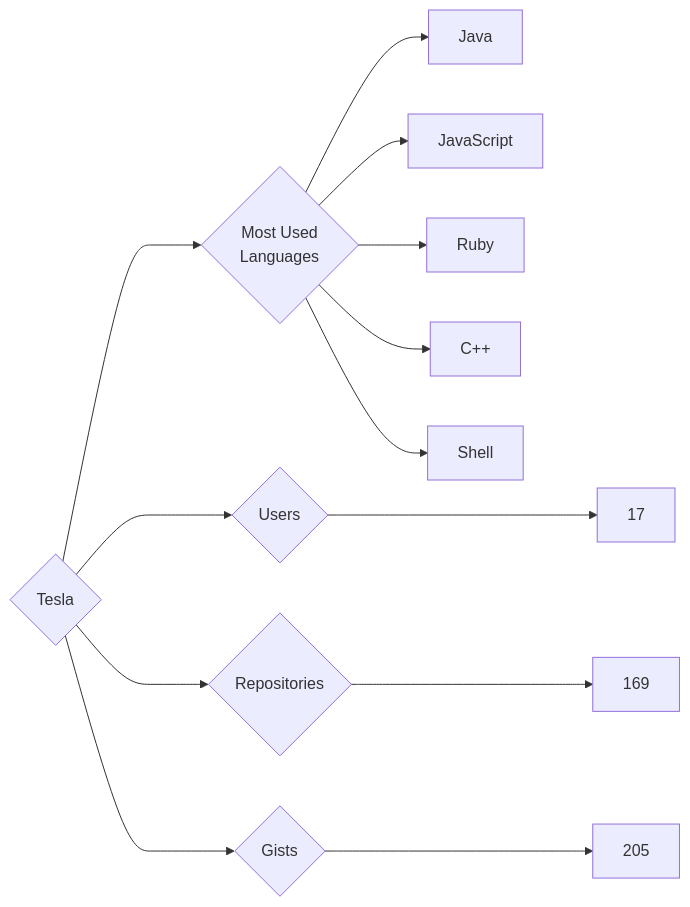
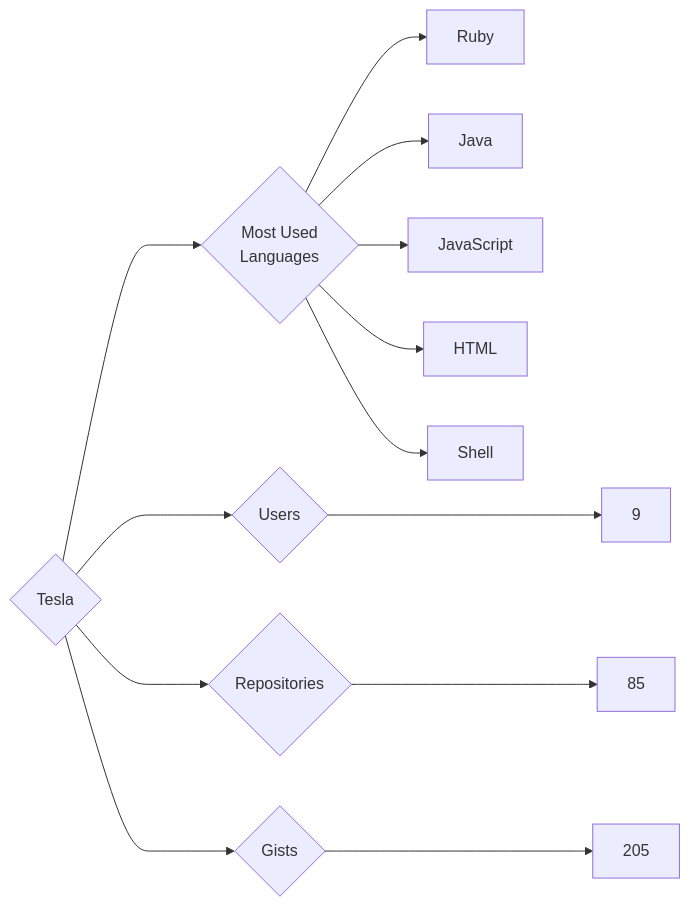
Before and after one commit to trickest/insiders: the diagram in targets/Tesla/README.md, drawn with Mermaid. The commit also changed 1248 other files, not shown here.

````diff
--- a/targets/Tesla/README.md
+++ b/targets/Tesla/README.md
@@ -3,13 +3,13 @@
 ```mermaid
 graph LR
 COMPANY_NAME{Tesla}
-COMPANY_NAME ---> U{Users} ---> UN[17]
-COMPANY_NAME ---> R{Repositories} ---> RN[169]
+COMPANY_NAME ---> U{Users} ---> UN[9]
+COMPANY_NAME ---> R{Repositories} ---> RN[85]
 COMPANY_NAME ---> G{Gists} ---> GN[205]
 COMPANY_NAME ---> ML{Most Used<br>Languages}
+ML --> Ruby[Ruby]
 ML --> Java[Java]
 ML --> JavaScript[JavaScript]
-ML --> Ruby[Ruby]
-ML --> C++[C++]
+ML --> HTML[HTML]
 ML --> Shell[Shell]
 ```
````
